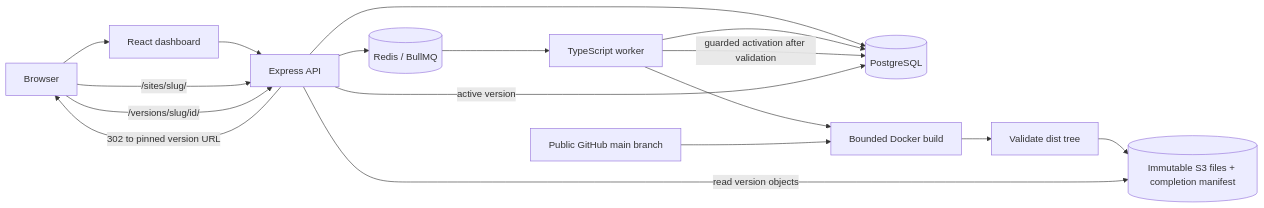
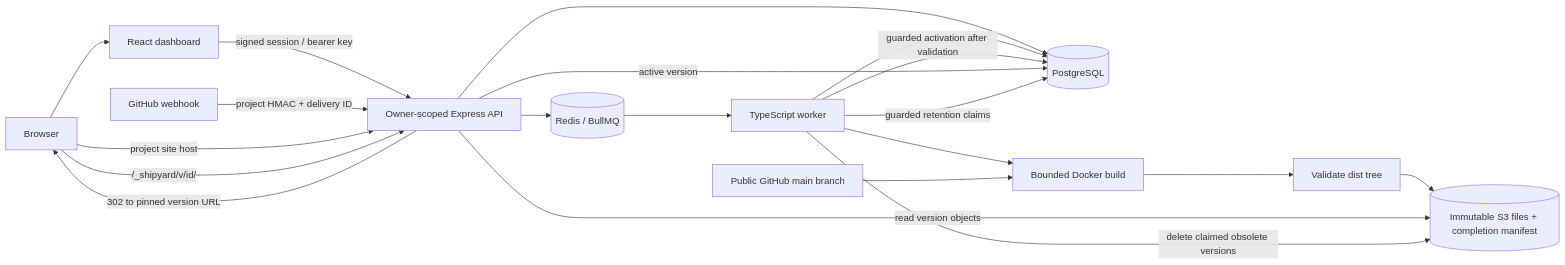
The diagram in docs/ARCHITECTURE.md (samir-sah/shipyard), drawn with Mermaid before and after one commit. The commit also changed other lines of this file and 39 other files, not shown here.

Commit message:
feat: add ownership webhooks host routing and retention

````diff
--- a/docs/ARCHITECTURE.md
+++ b/docs/ARCHITECTURE.md
@@ -3,19 +3,22 @@
 ```mermaid
 flowchart LR
   User[Browser] --> Dashboard[React dashboard]
-  Dashboard --> API[Express API]
+  Dashboard -->|signed session / bearer key| API[Owner-scoped Express API]
+  GitHub[GitHub webhook] -->|project HMAC + delivery ID| API
   API --> PG[(PostgreSQL)]
   API --> Queue[(Redis / BullMQ)]
   Queue --> Worker[TypeScript worker]
   Worker --> PG
   Worker --> Builder[Bounded Docker build]
   Git[Public GitHub main branch] --> Builder
   Builder --> Validate[Validate dist tree]
   Validate --> S3[(Immutable S3 files + completion manifest)]
   Worker -->|guarded activation after validation| PG
-  User -->|/sites/slug/| API
+  User -->|project site host| API
   API -->|active version| PG
   API -->|302 to pinned version URL| User
-  User -->|/versions/slug/id/| API
+  User -->|/_shipyard/v/id/| API
   API -->|read version objects| S3
+  Worker -->|guarded retention claims| PG
+  Worker -->|delete claimed obsolete versions| S3
 ```
````
